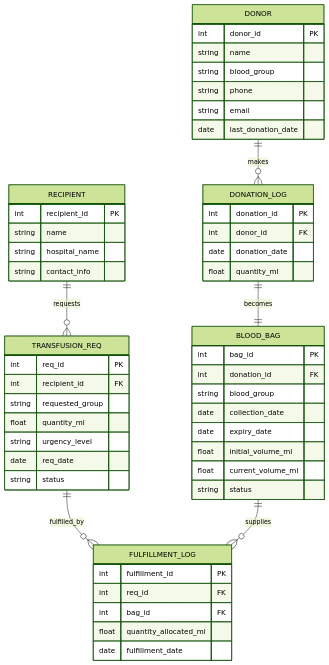
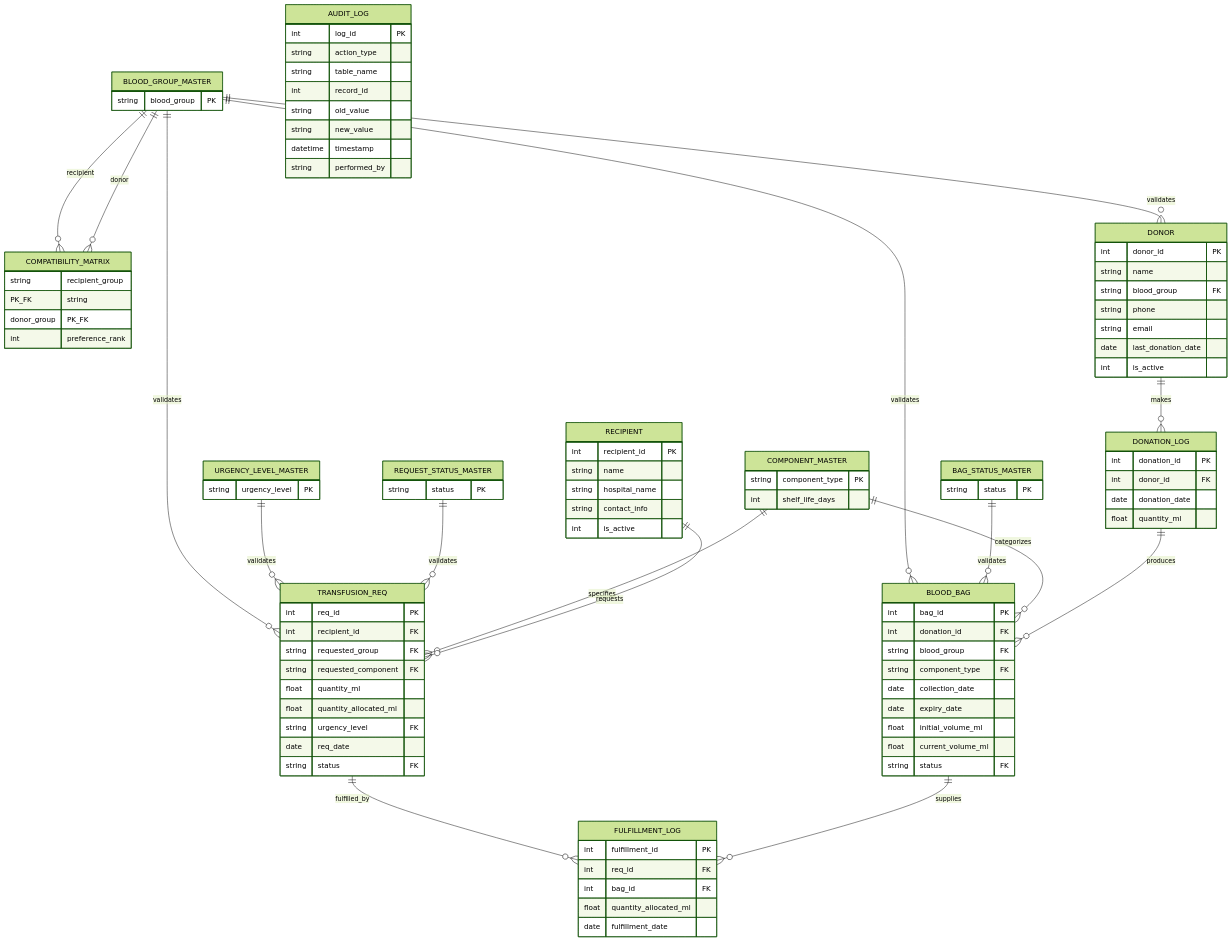
One commit to 990aa/blood-bank-ms changed the diagram in docs/er_diagram.mmd. Above: the diagram before and after it, drawn with Mermaid (forest theme). The commit also changed 16 other files, not shown here.

```diff
--- a/docs/er_diagram.mmd
+++ b/docs/er_diagram.mmd
@@ -1,58 +1,111 @@
 erDiagram
+    BLOOD_GROUP_MASTER {
+        string blood_group PK
+    }
+
+    URGENCY_LEVEL_MASTER {
+        string urgency_level PK
+    }
+
+    BAG_STATUS_MASTER {
+        string status PK
+    }
+
+    REQUEST_STATUS_MASTER {
+        string status PK
+    }
+
+    COMPONENT_MASTER {
+        string component_type PK
+        int shelf_life_days
+    }
+
+    COMPATIBILITY_MATRIX {
+        string recipient_group PK_FK
+        string donor_group PK_FK
+        int preference_rank
+    }
+
     DONOR {
         int donor_id PK
         string name
-        string blood_group
+        string blood_group FK
         string phone
         string email
         date last_donation_date
+        int is_active
     }
 
     RECIPIENT {
         int recipient_id PK
         string name
         string hospital_name
         string contact_info
+        int is_active
     }
 
     DONATION_LOG {
         int donation_id PK
         int donor_id FK
         date donation_date
         float quantity_ml
     }
 
     BLOOD_BAG {
         int bag_id PK
         int donation_id FK
-        string blood_group
+        string blood_group FK
+        string component_type FK
         date collection_date
         date expiry_date
         float initial_volume_ml
         float current_volume_ml
-        string status
+        string status FK
     }
 
     TRANSFUSION_REQ {
         int req_id PK
         int recipient_id FK
-        string requested_group
+        string requested_group FK
+        string requested_component FK
         float quantity_ml
-        string urgency_level
+        float quantity_allocated_ml
+        string urgency_level FK
         date req_date
-        string status
+        string status FK
     }
 
     FULFILLMENT_LOG {
         int fulfillment_id PK
         int req_id FK
         int bag_id FK
         float quantity_allocated_ml
         date fulfillment_date
     }
 
+    AUDIT_LOG {
+        int log_id PK
+        string action_type
+        string table_name
+        int record_id
+        string old_value
+        string new_value
+        datetime timestamp
+        string performed_by
+    }
+
+    BLOOD_GROUP_MASTER ||--o{ DONOR : "validates"
+    BLOOD_GROUP_MASTER ||--o{ BLOOD_BAG : "validates"
+    BLOOD_GROUP_MASTER ||--o{ TRANSFUSION_REQ : "validates"
+    BLOOD_GROUP_MASTER ||--o{ COMPATIBILITY_MATRIX : "recipient"
+    BLOOD_GROUP_MASTER ||--o{ COMPATIBILITY_MATRIX : "donor"
+    URGENCY_LEVEL_MASTER ||--o{ TRANSFUSION_REQ : "validates"
+    BAG_STATUS_MASTER ||--o{ BLOOD_BAG : "validates"
+    REQUEST_STATUS_MASTER ||--o{ TRANSFUSION_REQ : "validates"
+    COMPONENT_MASTER ||--o{ BLOOD_BAG : "categorizes"
+    COMPONENT_MASTER ||--o{ TRANSFUSION_REQ : "specifies"
     DONOR ||--o{ DONATION_LOG : "makes"
-    DONATION_LOG ||--|| BLOOD_BAG : "becomes"
+    DONATION_LOG ||--o{ BLOOD_BAG : "produces"
     RECIPIENT ||--o{ TRANSFUSION_REQ : "requests"
     TRANSFUSION_REQ ||--o{ FULFILLMENT_LOG : "fulfilled_by"
     BLOOD_BAG ||--o{ FULFILLMENT_LOG : "supplies"
```
